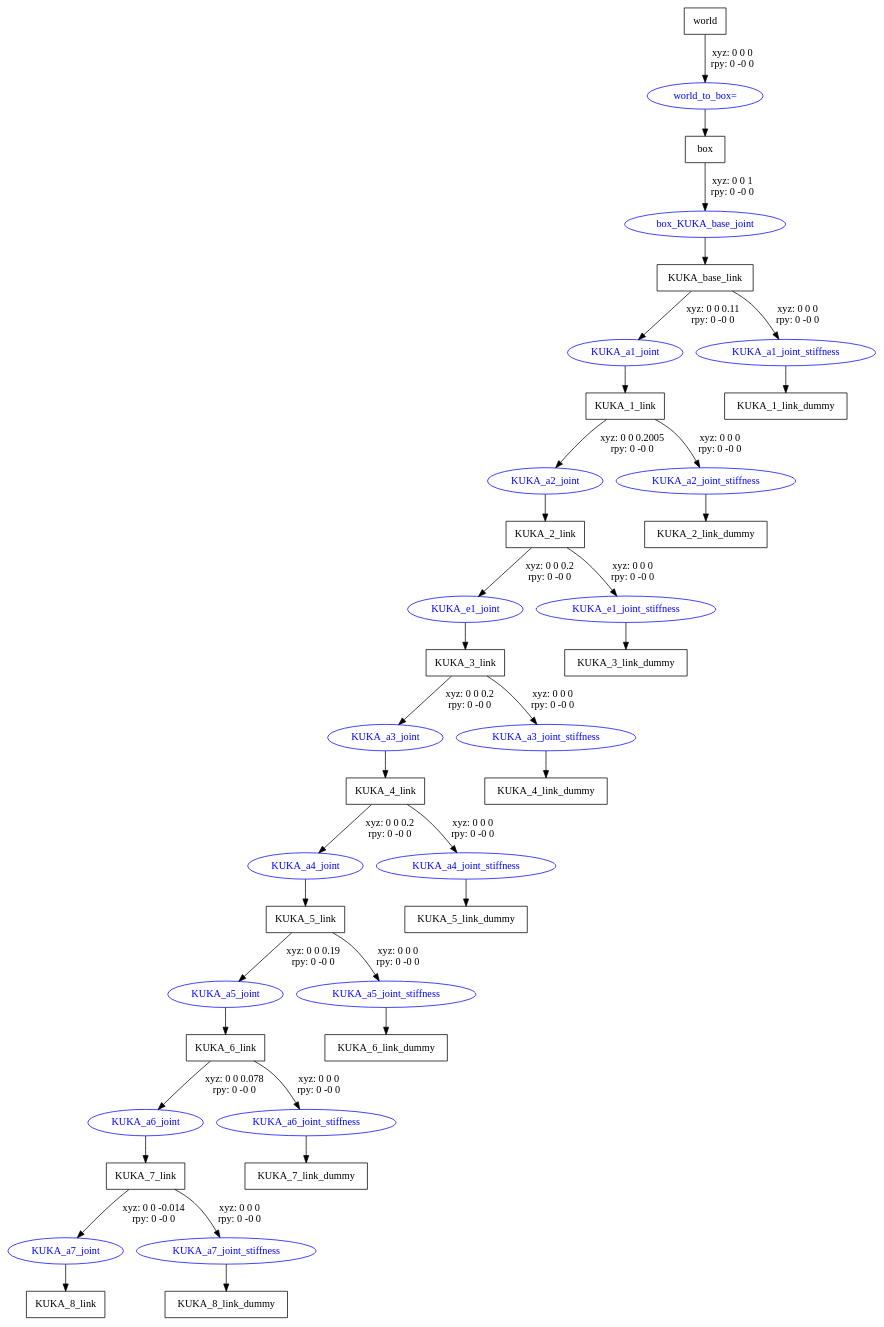
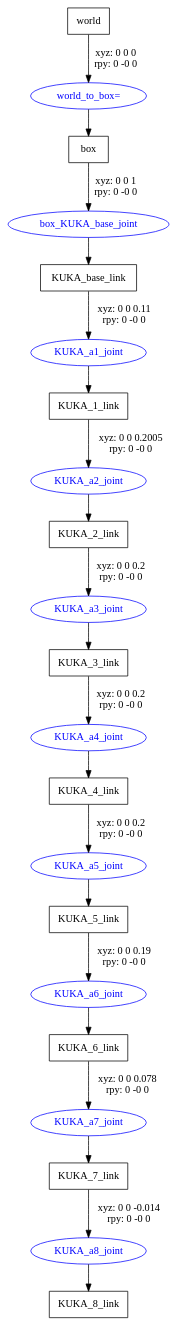
The diagram in kuka_description/model/single_lwr_robot.gv (saba74m/KUKA-LWR-ROS-Melodic), drawn with Graphviz before and after one commit. The commit also changed 100 other files, not shown here.

```diff
--- a/kuka_description/model/single_lwr_robot.gv
+++ b/kuka_description/model/single_lwr_robot.gv
@@ -1,59 +1,35 @@
 digraph G {
 node [shape=box];
 "world" [label="world"];
 "box" [label="box"];
 "KUKA_base_link" [label="KUKA_base_link"];
 "KUKA_1_link" [label="KUKA_1_link"];
 "KUKA_2_link" [label="KUKA_2_link"];
 "KUKA_3_link" [label="KUKA_3_link"];
 "KUKA_4_link" [label="KUKA_4_link"];
 "KUKA_5_link" [label="KUKA_5_link"];
 "KUKA_6_link" [label="KUKA_6_link"];
 "KUKA_7_link" [label="KUKA_7_link"];
 "KUKA_8_link" [label="KUKA_8_link"];
-"KUKA_8_link_dummy" [label="KUKA_8_link_dummy"];
-"KUKA_7_link_dummy" [label="KUKA_7_link_dummy"];
-"KUKA_6_link_dummy" [label="KUKA_6_link_dummy"];
-"KUKA_5_link_dummy" [label="KUKA_5_link_dummy"];
-"KUKA_4_link_dummy" [label="KUKA_4_link_dummy"];
-"KUKA_3_link_dummy" [label="KUKA_3_link_dummy"];
-"KUKA_2_link_dummy" [label="KUKA_2_link_dummy"];
-"KUKA_1_link_dummy" [label="KUKA_1_link_dummy"];
 node [shape=ellipse, color=blue, fontcolor=blue];
 "world" -> "world_to_box=" [label="xyz: 0 0 0 \nrpy: 0 -0 0"]
 "world_to_box=" -> "box"
 "box" -> "box_KUKA_base_joint" [label="xyz: 0 0 1 \nrpy: 0 -0 0"]
 "box_KUKA_base_joint" -> "KUKA_base_link"
 "KUKA_base_link" -> "KUKA_a1_joint" [label="xyz: 0 0 0.11 \nrpy: 0 -0 0"]
 "KUKA_a1_joint" -> "KUKA_1_link"
 "KUKA_1_link" -> "KUKA_a2_joint" [label="xyz: 0 0 0.2005 \nrpy: 0 -0 0"]
 "KUKA_a2_joint" -> "KUKA_2_link"
-"KUKA_2_link" -> "KUKA_e1_joint" [label="xyz: 0 0 0.2 \nrpy: 0 -0 0"]
-"KUKA_e1_joint" -> "KUKA_3_link"
-"KUKA_3_link" -> "KUKA_a3_joint" [label="xyz: 0 0 0.2 \nrpy: 0 -0 0"]
-"KUKA_a3_joint" -> "KUKA_4_link"
-"KUKA_4_link" -> "KUKA_a4_joint" [label="xyz: 0 0 0.2 \nrpy: 0 -0 0"]
-"KUKA_a4_joint" -> "KUKA_5_link"
-"KUKA_5_link" -> "KUKA_a5_joint" [label="xyz: 0 0 0.19 \nrpy: 0 -0 0"]
-"KUKA_a5_joint" -> "KUKA_6_link"
-"KUKA_6_link" -> "KUKA_a6_joint" [label="xyz: 0 0 0.078 \nrpy: 0 -0 0"]
-"KUKA_a6_joint" -> "KUKA_7_link"
-"KUKA_7_link" -> "KUKA_a7_joint" [label="xyz: 0 0 -0.014 \nrpy: 0 -0 0"]
-"KUKA_a7_joint" -> "KUKA_8_link"
-"KUKA_7_link" -> "KUKA_a7_joint_stiffness" [label="xyz: 0 0 0 \nrpy: 0 -0 0"]
-"KUKA_a7_joint_stiffness" -> "KUKA_8_link_dummy"
-"KUKA_6_link" -> "KUKA_a6_joint_stiffness" [label="xyz: 0 0 0 \nrpy: 0 -0 0"]
-"KUKA_a6_joint_stiffness" -> "KUKA_7_link_dummy"
-"KUKA_5_link" -> "KUKA_a5_joint_stiffness" [label="xyz: 0 0 0 \nrpy: 0 -0 0"]
-"KUKA_a5_joint_stiffness" -> "KUKA_6_link_dummy"
-"KUKA_4_link" -> "KUKA_a4_joint_stiffness" [label="xyz: 0 0 0 \nrpy: 0 -0 0"]
-"KUKA_a4_joint_stiffness" -> "KUKA_5_link_dummy"
-"KUKA_3_link" -> "KUKA_a3_joint_stiffness" [label="xyz: 0 0 0 \nrpy: 0 -0 0"]
-"KUKA_a3_joint_stiffness" -> "KUKA_4_link_dummy"
-"KUKA_2_link" -> "KUKA_e1_joint_stiffness" [label="xyz: 0 0 0 \nrpy: 0 -0 0"]
-"KUKA_e1_joint_stiffness" -> "KUKA_3_link_dummy"
-"KUKA_1_link" -> "KUKA_a2_joint_stiffness" [label="xyz: 0 0 0 \nrpy: 0 -0 0"]
-"KUKA_a2_joint_stiffness" -> "KUKA_2_link_dummy"
-"KUKA_base_link" -> "KUKA_a1_joint_stiffness" [label="xyz: 0 0 0 \nrpy: 0 -0 0"]
-"KUKA_a1_joint_stiffness" -> "KUKA_1_link_dummy"
+"KUKA_2_link" -> "KUKA_a3_joint" [label="xyz: 0 0 0.2 \nrpy: 0 -0 0"]
+"KUKA_a3_joint" -> "KUKA_3_link"
+"KUKA_3_link" -> "KUKA_a4_joint" [label="xyz: 0 0 0.2 \nrpy: 0 -0 0"]
+"KUKA_a4_joint" -> "KUKA_4_link"
+"KUKA_4_link" -> "KUKA_a5_joint" [label="xyz: 0 0 0.2 \nrpy: 0 -0 0"]
+"KUKA_a5_joint" -> "KUKA_5_link"
+"KUKA_5_link" -> "KUKA_a6_joint" [label="xyz: 0 0 0.19 \nrpy: 0 -0 0"]
+"KUKA_a6_joint" -> "KUKA_6_link"
+"KUKA_6_link" -> "KUKA_a7_joint" [label="xyz: 0 0 0.078 \nrpy: 0 -0 0"]
+"KUKA_a7_joint" -> "KUKA_7_link"
+"KUKA_7_link" -> "KUKA_a8_joint" [label="xyz: 0 0 -0.014 \nrpy: 0 -0 0"]
+"KUKA_a8_joint" -> "KUKA_8_link"
 }
```
